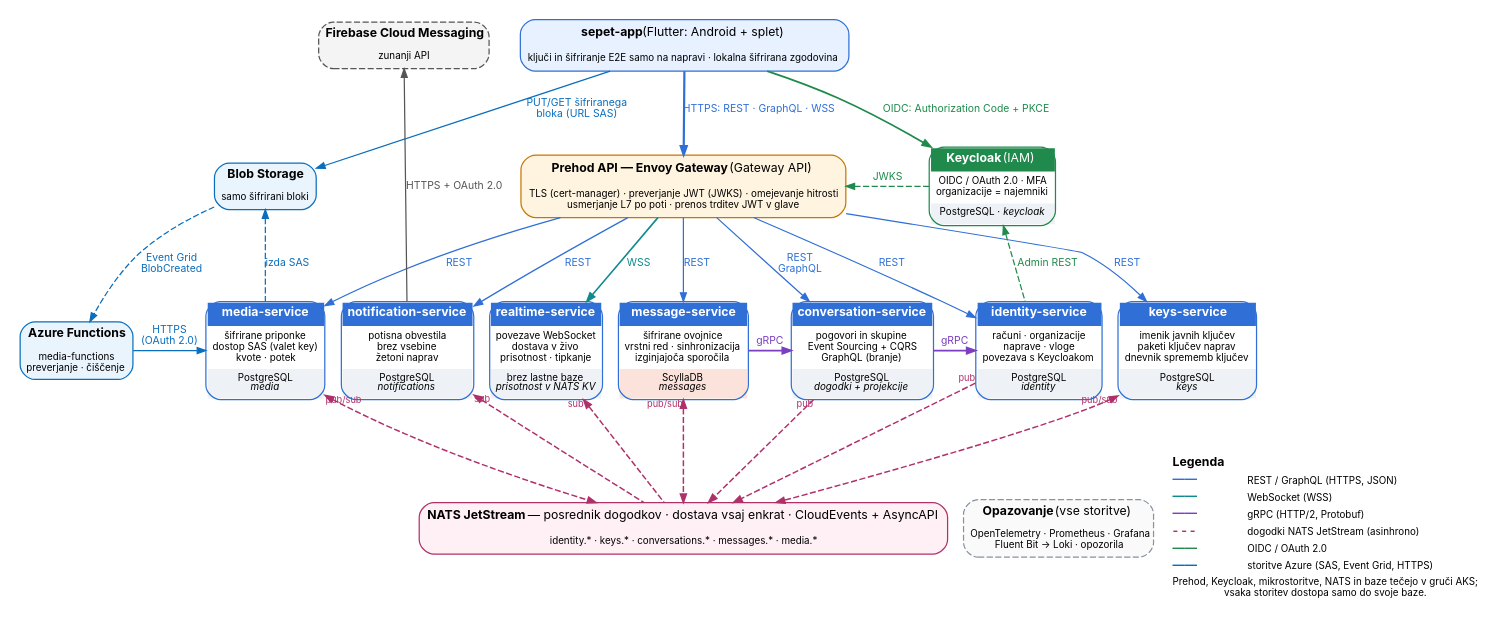
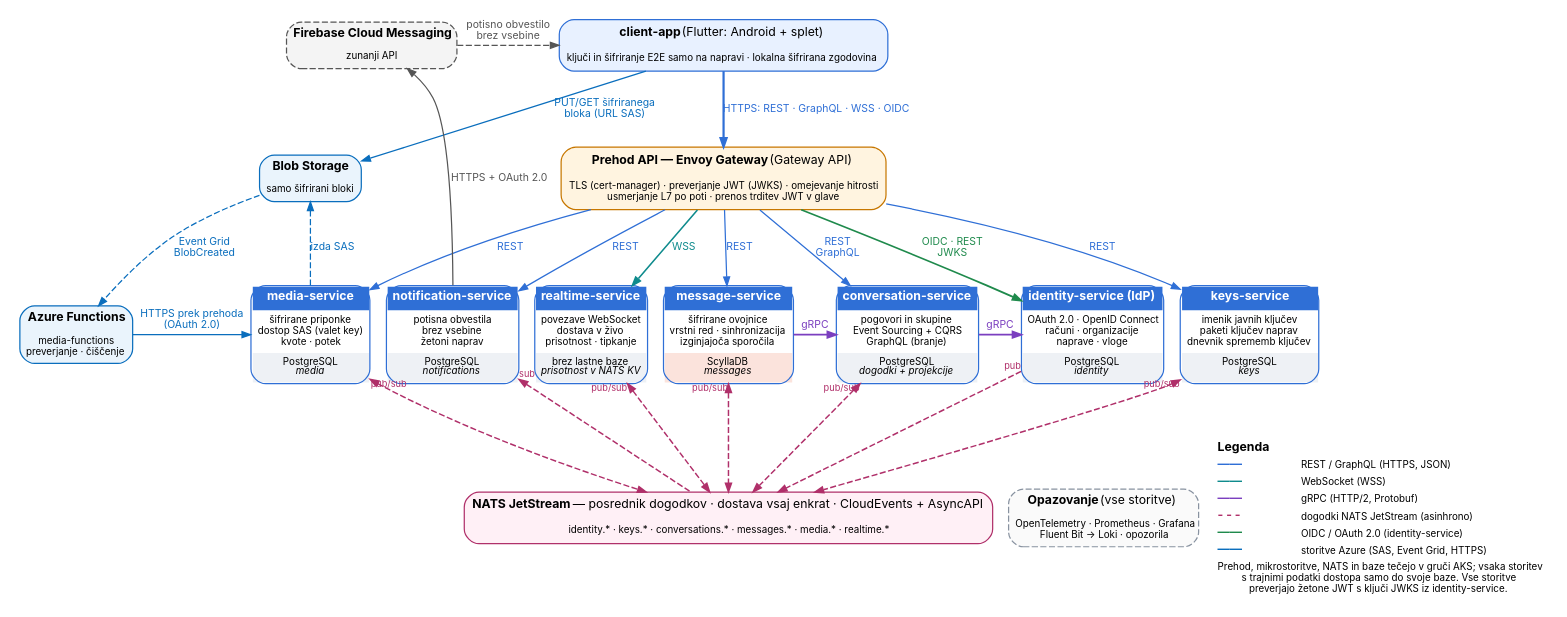
Before and after one commit to rso-ekipa13/docs: the diagram in reports/01-prijava-teme/diagrams/arhitektura.dot, drawn with Graphviz. The commit also changed 14 other files, not shown here.

```diff
--- a/reports/01-prijava-teme/diagrams/arhitektura.dot
+++ b/reports/01-prijava-teme/diagrams/arhitektura.dot
@@ -1,124 +1,118 @@
 // Šepet — začetna shema arhitekture (C4, raven vsebnikov)
 // Izris: dot -Tpdf arhitektura.dot -o arhitektura.pdf
 digraph sepet {
   graph [rankdir=TB, splines=spline, nodesep=0.18, ranksep=0.6,
          fontname="Inter", fontsize=11, pad=0.12];
   node  [shape=plain, fontname="Inter", fontsize=10];
   edge  [fontname="Inter", fontsize=8.5, color="#3c4a5c", arrowsize=0.7];
 
   // ---------- odjemalec ----------
   app [label=<<table border="1" cellborder="0" cellspacing="0" cellpadding="5" style="rounded" color="#2f6fd6" bgcolor="#e8f1ff">
-      <tr><td><b>sepet-app</b> (Flutter: Android + splet)</td></tr>
+      <tr><td><b>client-app</b> (Flutter: Android + splet)</td></tr>
       <tr><td><font point-size="8.5">ključi in šifriranje E2E samo na napravi · lokalna šifrirana zgodovina</font></td></tr></table>>];
 
   // ---------- rob: IAM, prehod, Azure ----------
-  kc [label=<<table border="1" cellborder="0" cellspacing="0" cellpadding="4" style="rounded" color="#1f8a4c" bgcolor="#ffffff">
-      <tr><td bgcolor="#1f8a4c"><font color="white"><b>Keycloak</b> (IAM)</font></td></tr>
-      <tr><td><font point-size="8">OIDC / OAuth 2.0 · MFA<br/>organizacije = najemniki</font></td></tr>
-      <tr><td bgcolor="#eef1f5"><font point-size="8">PostgreSQL · <i>keycloak</i></font></td></tr></table>>];
 
   gw [label=<<table border="1" cellborder="0" cellspacing="0" cellpadding="5" style="rounded" color="#c77700" bgcolor="#fff4e0">
       <tr><td><b>Prehod API — Envoy Gateway</b> (Gateway API)</td></tr>
       <tr><td><font point-size="8.5">TLS (cert-manager) · preverjanje JWT (JWKS) · omejevanje hitrosti<br/>usmerjanje L7 po poti · prenos trditev JWT v glave</font></td></tr></table>>];
 
     blob [label=<<table border="1" cellborder="0" cellspacing="0" cellpadding="4" style="rounded" color="#0a6ebd" bgcolor="#eaf4fc">
         <tr><td><b>Blob Storage</b></td></tr><tr><td><font point-size="8">samo šifrirani bloki</font></td></tr></table>>];
     func [label=<<table border="1" cellborder="0" cellspacing="0" cellpadding="4" style="rounded" color="#0a6ebd" bgcolor="#eaf4fc">
         <tr><td><b>Azure Functions</b></td></tr><tr><td><font point-size="8">media-functions<br/>preverjanje · čiščenje</font></td></tr></table>>];
 
   fcm [label=<<table border="1" cellborder="0" cellspacing="0" cellpadding="4" style="rounded,dashed" color="#555555" bgcolor="#f4f4f4">
       <tr><td><b>Firebase Cloud Messaging</b></td></tr><tr><td><font point-size="8">zunanji API</font></td></tr></table>>];
 
   // ---------- mikrostoritve (vsaka s svojo bazo) ----------
 
     keys [label=<<table border="1" cellborder="0" cellspacing="0" cellpadding="4" style="rounded" color="#2f6fd6" bgcolor="#ffffff">
       <tr><td bgcolor="#2f6fd6"><font color="white"><b>keys-service</b></font></td></tr>
       <tr><td><font point-size="8">imenik javnih ključev<br/>paketi ključev naprav<br/>dnevnik sprememb ključev</font></td></tr>
       <tr><td bgcolor="#eef1f5"><font point-size="8">PostgreSQL<br/><i>keys</i></font></td></tr></table>>];
     identity [label=<<table border="1" cellborder="0" cellspacing="0" cellpadding="4" style="rounded" color="#2f6fd6" bgcolor="#ffffff">
-      <tr><td bgcolor="#2f6fd6"><font color="white"><b>identity-service</b></font></td></tr>
-      <tr><td><font point-size="8">računi · organizacije<br/>naprave · vloge<br/>povezava s Keycloakom</font></td></tr>
+      <tr><td bgcolor="#2f6fd6"><font color="white"><b>identity-service (IdP)</b></font></td></tr>
+      <tr><td><font point-size="8">OAuth 2.0 · OpenID Connect<br/>računi · organizacije<br/>naprave · vloge</font></td></tr>
       <tr><td bgcolor="#eef1f5"><font point-size="8">PostgreSQL<br/><i>identity</i></font></td></tr></table>>];
     conv [label=<<table border="1" cellborder="0" cellspacing="0" cellpadding="4" style="rounded" color="#2f6fd6" bgcolor="#ffffff">
       <tr><td bgcolor="#2f6fd6"><font color="white"><b>conversation-service</b></font></td></tr>
       <tr><td><font point-size="8">pogovori in skupine<br/>Event Sourcing + CQRS<br/>GraphQL (branje)</font></td></tr>
       <tr><td bgcolor="#eef1f5"><font point-size="8">PostgreSQL<br/><i>dogodki + projekcije</i></font></td></tr></table>>];
     msg [label=<<table border="1" cellborder="0" cellspacing="0" cellpadding="4" style="rounded" color="#2f6fd6" bgcolor="#ffffff">
       <tr><td bgcolor="#2f6fd6"><font color="white"><b>message-service</b></font></td></tr>
       <tr><td><font point-size="8">šifrirane ovojnice<br/>vrstni red · sinhronizacija<br/>izginjajoča sporočila</font></td></tr>
       <tr><td bgcolor="#fbe3dc"><font point-size="8">ScyllaDB<br/><i>messages</i></font></td></tr></table>>];
     rt [label=<<table border="1" cellborder="0" cellspacing="0" cellpadding="4" style="rounded" color="#2f6fd6" bgcolor="#ffffff">
       <tr><td bgcolor="#2f6fd6"><font color="white"><b>realtime-service</b></font></td></tr>
       <tr><td><font point-size="8">povezave WebSocket<br/>dostava v živo<br/>prisotnost · tipkanje</font></td></tr>
       <tr><td bgcolor="#eef1f5"><font point-size="8">brez lastne baze<br/><i>prisotnost v NATS KV</i></font></td></tr></table>>];
     media [label=<<table border="1" cellborder="0" cellspacing="0" cellpadding="4" style="rounded" color="#2f6fd6" bgcolor="#ffffff">
       <tr><td bgcolor="#2f6fd6"><font color="white"><b>media-service</b></font></td></tr>
       <tr><td><font point-size="8">šifrirane priponke<br/>dostop SAS (valet key)<br/>kvote · potek</font></td></tr>
       <tr><td bgcolor="#eef1f5"><font point-size="8">PostgreSQL<br/><i>media</i></font></td></tr></table>>];
     notif [label=<<table border="1" cellborder="0" cellspacing="0" cellpadding="4" style="rounded" color="#2f6fd6" bgcolor="#ffffff">
       <tr><td bgcolor="#2f6fd6"><font color="white"><b>notification-service</b></font></td></tr>
       <tr><td><font point-size="8">potisna obvestila<br/>brez vsebine<br/>žetoni naprav</font></td></tr>
       <tr><td bgcolor="#eef1f5"><font point-size="8">PostgreSQL<br/><i>notifications</i></font></td></tr></table>>];
 
     nats [label=<<table border="1" cellborder="0" cellspacing="0" cellpadding="5" style="rounded" color="#b0306a" bgcolor="#fff0f6">
       <tr><td><b>NATS JetStream</b> — posrednik dogodkov · dostava vsaj enkrat · CloudEvents + AsyncAPI</td></tr>
-      <tr><td><font point-size="8.5">identity.* · keys.* · conversations.* · messages.* · media.*</font></td></tr></table>>];
+      <tr><td><font point-size="8.5">identity.* · keys.* · conversations.* · messages.* · media.* · realtime.*</font></td></tr></table>>];
 
   obs [label=<<table border="1" cellborder="0" cellspacing="0" cellpadding="4" style="rounded,dashed" color="#8892a0" bgcolor="#fafafa">
       <tr><td><b>Opazovanje</b> (vse storitve)</td></tr>
       <tr><td><font point-size="8">OpenTelemetry · Prometheus · Grafana<br/>Fluent Bit → Loki · opozorila</font></td></tr></table>>];
 
   legend [label=<<table border="0" cellborder="0" cellspacing="1" cellpadding="1">
       <tr><td align="left" colspan="2"><b>Legenda</b></td></tr>
       <tr><td align="left"><font color="#2f6fd6"><b>——</b></font></td><td align="left"><font point-size="8.5">REST / GraphQL (HTTPS, JSON)</font></td></tr>
       <tr><td align="left"><font color="#0f8b8d"><b>——</b></font></td><td align="left"><font point-size="8.5">WebSocket (WSS)</font></td></tr>
       <tr><td align="left"><font color="#7b3fbf"><b>——</b></font></td><td align="left"><font point-size="8.5">gRPC (HTTP/2, Protobuf)</font></td></tr>
       <tr><td align="left"><font color="#b0306a"><b>- - -</b></font></td><td align="left"><font point-size="8.5">dogodki NATS JetStream (asinhrono)</font></td></tr>
-      <tr><td align="left"><font color="#1f8a4c"><b>——</b></font></td><td align="left"><font point-size="8.5">OIDC / OAuth 2.0</font></td></tr>
+      <tr><td align="left"><font color="#1f8a4c"><b>——</b></font></td><td align="left"><font point-size="8.5">OIDC / OAuth 2.0 (identity-service)</font></td></tr>
       <tr><td align="left"><font color="#0a6ebd"><b>——</b></font></td><td align="left"><font point-size="8.5">storitve Azure (SAS, Event Grid, HTTPS)</font></td></tr>
-      <tr><td align="left" colspan="2"><font point-size="8">Prehod, Keycloak, mikrostoritve, NATS in baze tečejo v gruči AKS;<br/>vsaka storitev dostopa samo do svoje baze.</font></td></tr>
+      <tr><td align="left" colspan="2"><font point-size="8">Prehod, mikrostoritve, NATS in baze tečejo v gruči AKS; vsaka storitev<br/>s trajnimi podatki dostopa samo do svoje baze. Vse storitve<br/>preverjajo žetone JWT s ključi JWKS iz identity-service.</font></td></tr>
     </table>>];
 
   // ---------- razporeditev ----------
   { rank=same; fcm; app; }
   fcm -> app [style=invis];
   { rank=same; func; media; notif; rt; msg; conv; identity; keys; }
   { rank=same; nats; obs; legend; }
   gw  [ordering=out];
   app [ordering=out];
 
   // ---------- odjemalec ----------
   app -> blob [label=" PUT/GET šifriranega\n bloka (URL SAS)", color="#0a6ebd", fontcolor="#0a6ebd"];
-  app -> gw  [label=" HTTPS: REST · GraphQL · WSS", color="#2f6fd6", fontcolor="#2f6fd6", penwidth=1.8];
-  app -> kc  [label="OIDC: Authorization Code + PKCE ", color="#1f8a4c", fontcolor="#1f8a4c", penwidth=1.4];
-  kc -> gw   [label="JWKS", color="#1f8a4c", fontcolor="#1f8a4c", style=dashed, constraint=false];
+  app -> gw  [label=" HTTPS: REST · GraphQL · WSS · OIDC", color="#2f6fd6", fontcolor="#2f6fd6", penwidth=1.8];
 
   // ---------- prehod -> storitve ----------
   gw -> func [style=invis];
   gw -> media    [label="REST", color="#2f6fd6", fontcolor="#2f6fd6"];
   gw -> notif    [label="REST", color="#2f6fd6", fontcolor="#2f6fd6"];
   gw -> rt       [label="WSS", color="#0f8b8d", fontcolor="#0f8b8d", penwidth=1.3];
   gw -> msg      [label="REST", color="#2f6fd6", fontcolor="#2f6fd6"];
   gw -> conv     [label="REST\nGraphQL", color="#2f6fd6", fontcolor="#2f6fd6"];
-  gw -> identity [label="REST", color="#2f6fd6", fontcolor="#2f6fd6"];
+  gw -> identity [label="OIDC · REST\nJWKS", color="#1f8a4c", fontcolor="#1f8a4c", penwidth=1.4];
   gw -> keys     [label="REST", color="#2f6fd6", fontcolor="#2f6fd6"];
 
   // ---------- sinhrono med storitvami ----------
   conv -> identity [label="gRPC", color="#7b3fbf", fontcolor="#7b3fbf", penwidth=1.5, constraint=false];
   msg  -> conv     [label="gRPC", color="#7b3fbf", fontcolor="#7b3fbf", penwidth=1.5, constraint=false];
-  kc -> identity   [label="Admin REST", color="#1f8a4c", fontcolor="#1f8a4c", style=dashed, dir=back];
   fcm -> notif     [label="HTTPS + OAuth 2.0", color="#555555", fontcolor="#555555", dir=back];
   blob -> media    [label="izda SAS", color="#0a6ebd", fontcolor="#0a6ebd", style=dashed, dir=back];
   blob -> func     [label="Event Grid\nBlobCreated", color="#0a6ebd", fontcolor="#0a6ebd", style=dashed];
-  func -> media    [label="HTTPS\n(OAuth 2.0)", color="#0a6ebd", fontcolor="#0a6ebd", constraint=false];
+  func -> media    [label="HTTPS prek prehoda\n(OAuth 2.0)", color="#0a6ebd", fontcolor="#0a6ebd", constraint=false];
+  fcm -> app       [label="potisno obvestilo\nbrez vsebine", color="#555555", fontcolor="#555555", style=dashed, constraint=false];
 
   // ---------- dogodki ----------
   edge [color="#b0306a", fontcolor="#b0306a", style=dashed, penwidth=1.2, labelfontsize=7.5];
   keys     -> nats [dir=both, taillabel="pub/sub"];
   identity -> nats [taillabel="pub"];
-  conv     -> nats [taillabel="pub"];
+  conv     -> nats [dir=both, taillabel="pub/sub"];
   msg      -> nats [dir=both, taillabel="pub/sub"];
-  rt       -> nats [dir=back, taillabel="sub"];
+  rt       -> nats [dir=both, taillabel="pub/sub"];
   media    -> nats [dir=both, taillabel="pub/sub"];
   notif    -> nats [dir=back, taillabel="sub"];
 }
```
